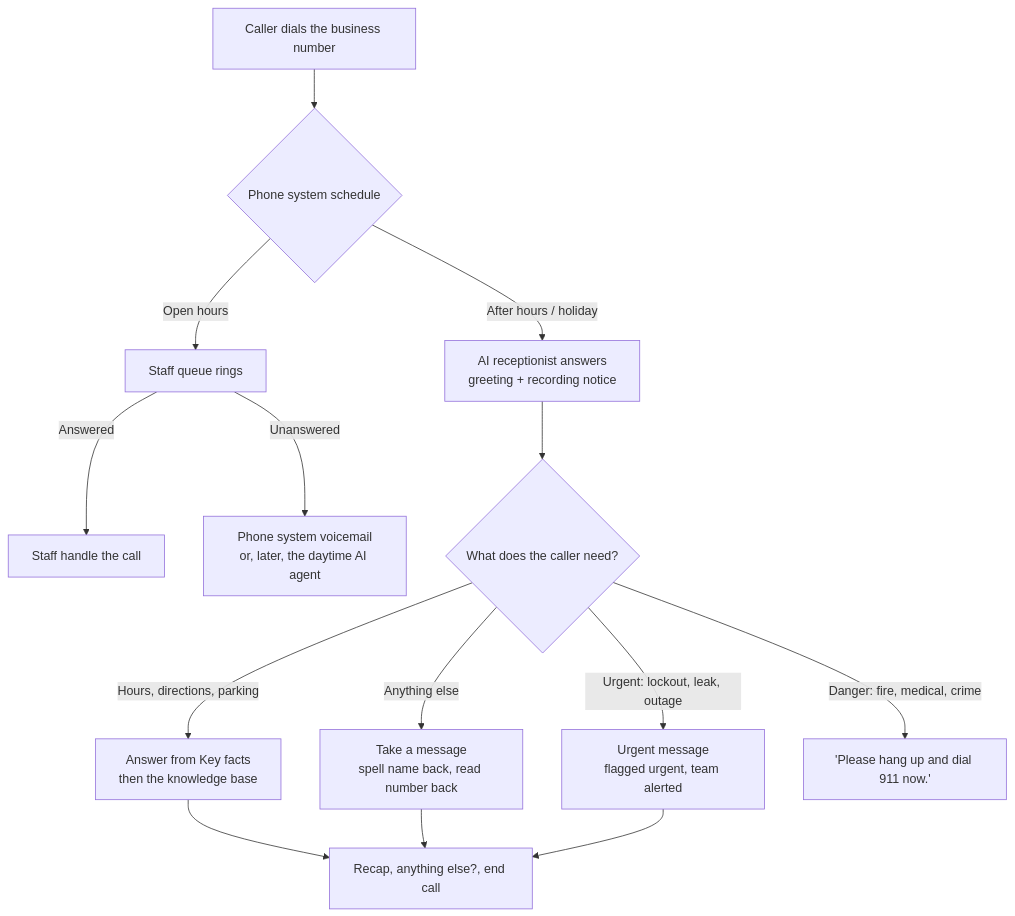
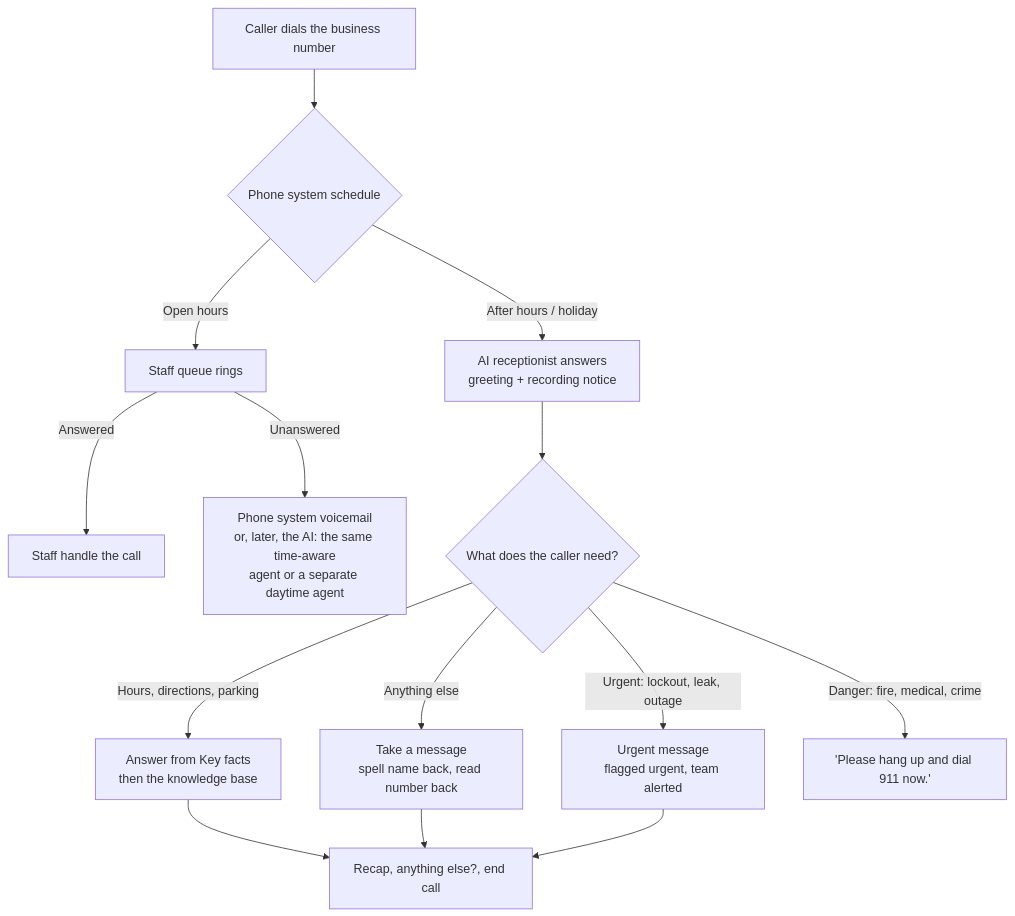
One commit to peterchee-os/answering-machina changed the first of 2 diagrams in README.md. Above: the diagram before and after it, drawn with Mermaid. The commit also changed other lines of this file and 26 other files, not shown here.

First line of the commit message:
v0.1.0: Works with, Known limits, email policy, time-aware wording, required checks

````diff
--- a/README.md
+++ b/README.md
@@ -93,16 +114,16 @@
 ```mermaid
 flowchart TD
     A[Caller dials the business number] --> B{Phone system schedule}
     B -- "Open hours" --> C[Staff queue rings]
     C -- "Answered" --> D[Staff handle the call]
-    C -- "Unanswered" --> V["Phone system voicemail<br/>or, later, the daytime AI agent"]
+    C -- "Unanswered" --> V["Phone system voicemail<br/>or, later, the AI: the same time-aware<br/>agent or a separate daytime agent"]
     B -- "After hours / holiday" --> E["AI receptionist answers<br/>greeting + recording notice"]
     E --> F{What does the caller need?}
     F -- "Hours, directions, parking" --> G["Answer from Key facts<br/>then the knowledge base"]
     F -- "Anything else" --> H["Take a message<br/>spell name back, read number back"]
     F -- "Urgent: lockout, leak, outage" --> I["Urgent message<br/>flagged urgent, team alerted"]
     F -- "Danger: fire, medical, crime" --> J["'Please hang up and dial 911 now.'"]
     G --> K["Recap, anything else?, end call"]
     H --> K
     I --> K
 ```
````
